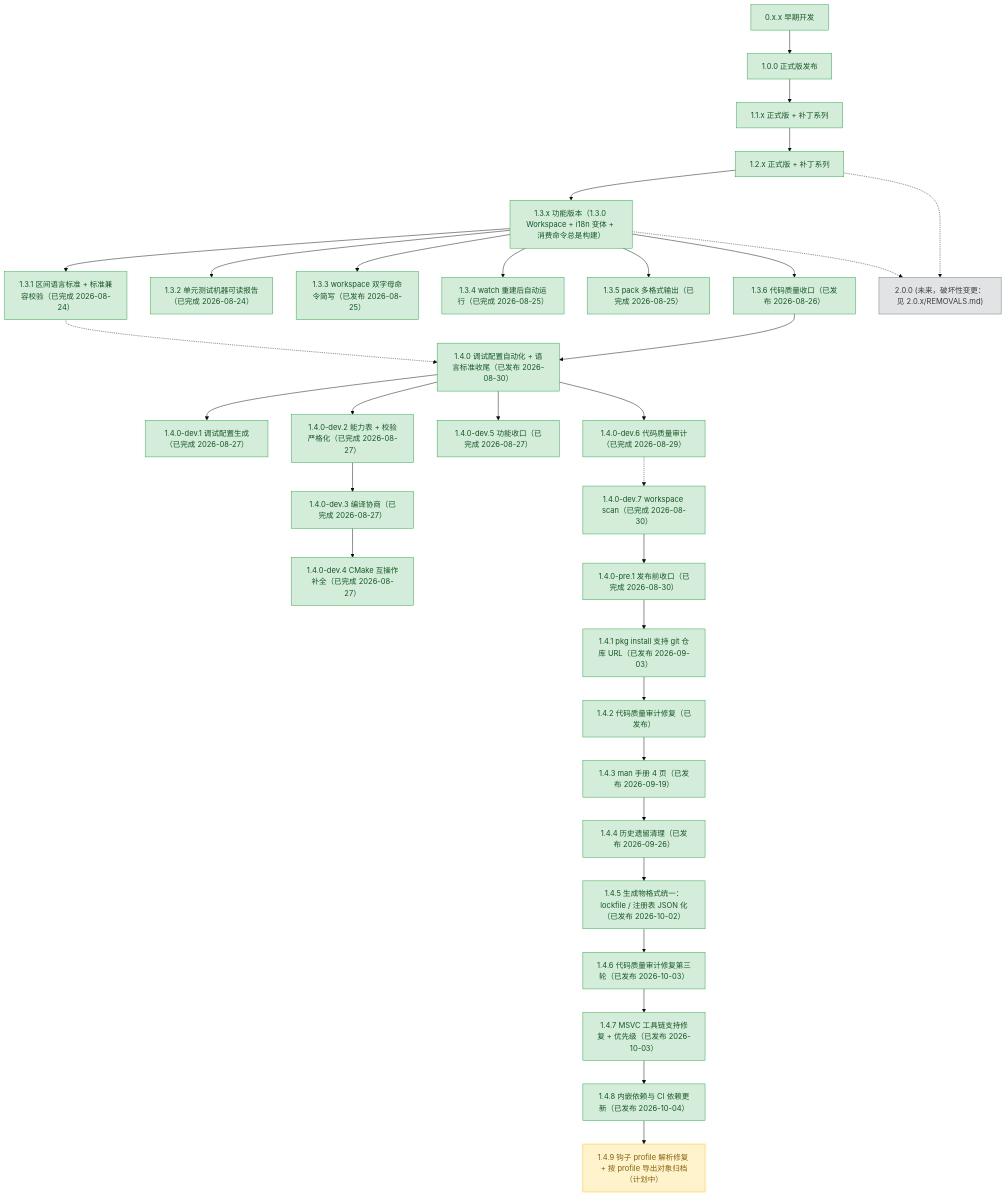
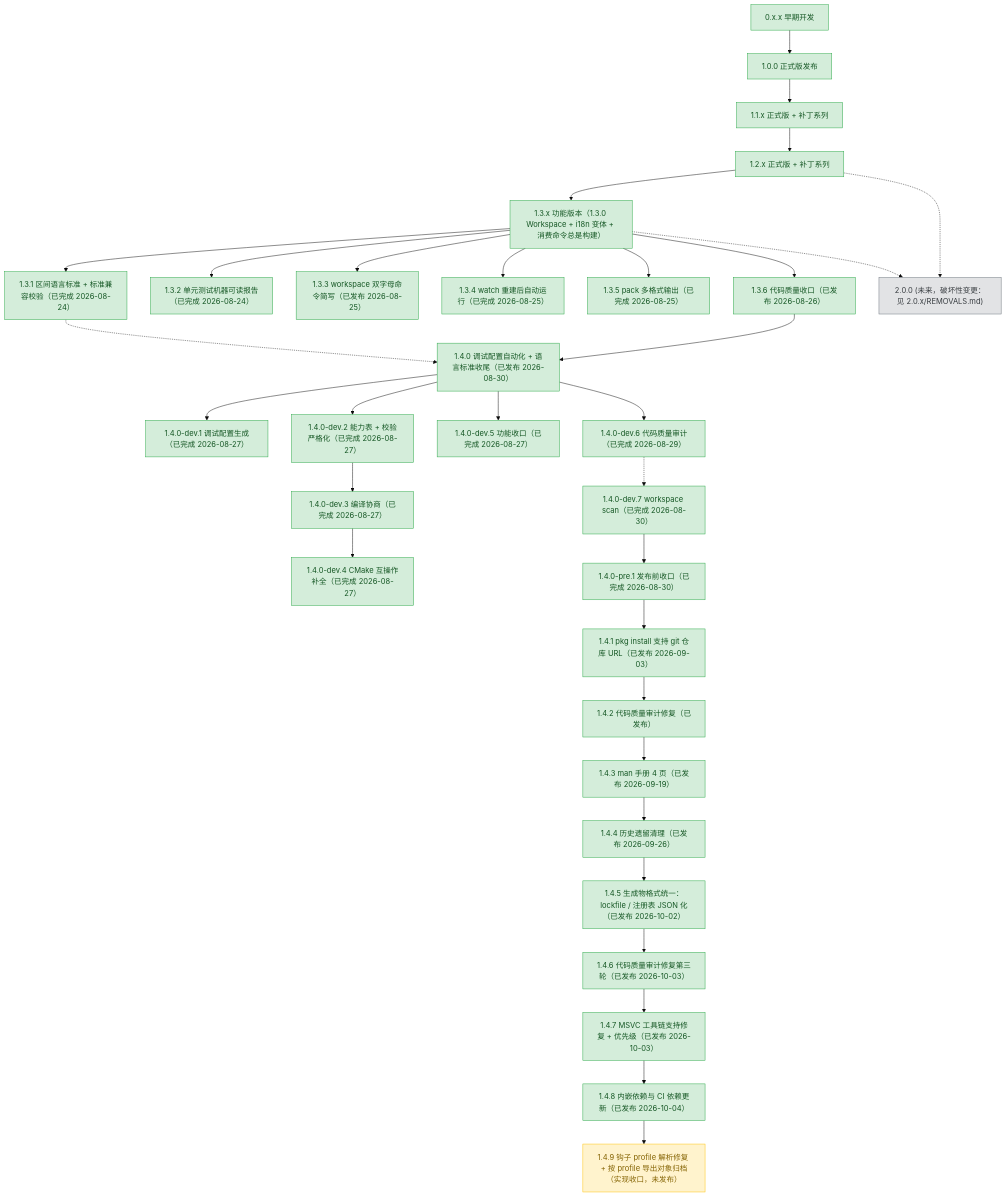
Before and after one commit to 3667808244/EazyMake: the diagram in plans/README.md, drawn with Mermaid (base theme). The commit also changed other lines of this file and 11 other files, not shown here.

```diff
--- a/plans/README.md
+++ b/plans/README.md
@@ -104,7 +104,7 @@
     v146p["1.4.6 代码质量审计修复第三轮（已发布 2026-10-03）"]
     v147p["1.4.7 MSVC 工具链支持修复 + 优先级（已发布 2026-10-03）"]
     v148p["1.4.8 内嵌依赖与 CI 依赖更新（已发布 2026-10-04）"]
-    v149p["1.4.9 钩子 profile 解析修复 + 按 profile 导出对象归档（计划中）"]
+    v149p["1.4.9 钩子 profile 解析修复 + 按 profile 导出对象归档（实现收口，未发布）"]
     v200["2.0.0 (未来，破坏性变更：见 2.0.x/REMOVALS.md)"]
 
     v0xx --> v100
```
